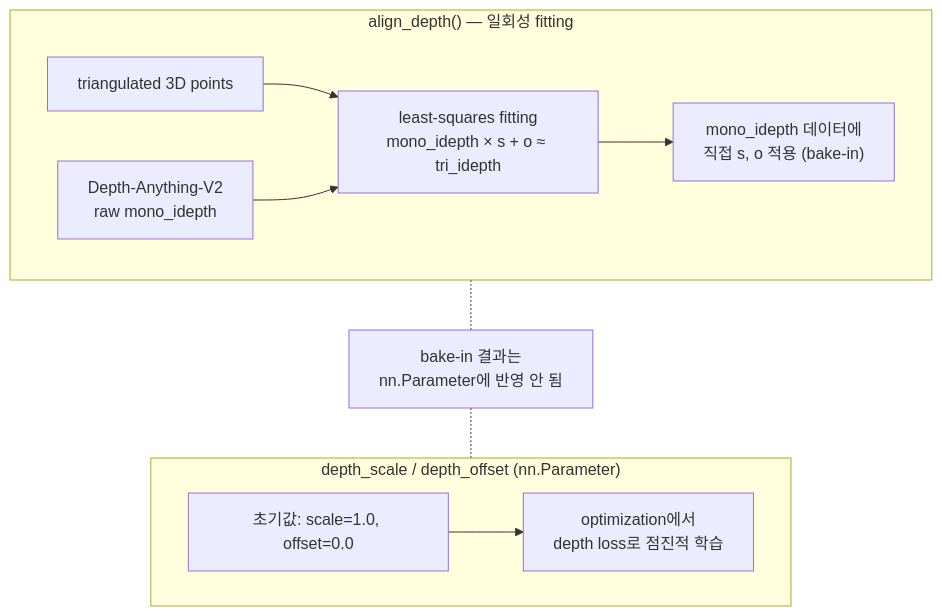
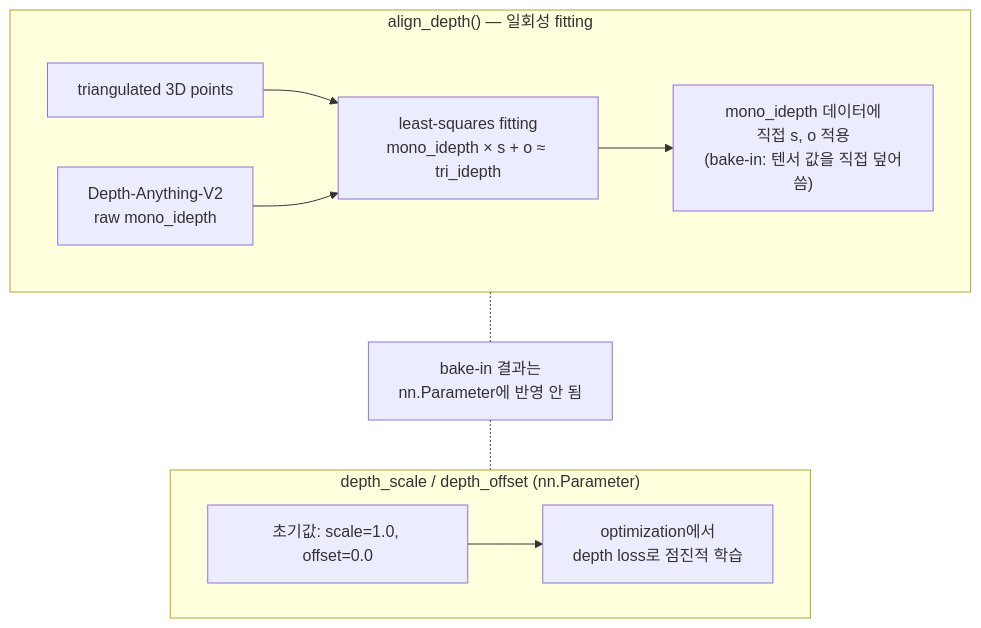
The third of 5 diagrams in daily_docs/260131-ontheflynvs_multiview_spawn.md (kyowon1108/gsplat-onthefly-nvs-study), drawn with Mermaid before and after one commit. The commit also changed other lines of this file, not shown here.

````diff
--- a/daily_docs/260131-ontheflynvs_multiview_spawn.md
+++ b/daily_docs/260131-ontheflynvs_multiview_spawn.md
@@ -54,13 +60,13 @@
 ```mermaid
 flowchart TD
     subgraph bake["align_depth() — 일회성 fitting"]
         TRI["triangulated 3D points"] --> LS["least-squares fitting<br/>mono_idepth × s + o ≈ tri_idepth"]
         MONO["Depth-Anything-V2<br/>raw mono_idepth"] --> LS
-        LS --> BAKE["mono_idepth 데이터에<br/>직접 s, o 적용 (bake-in)"]
+        LS --> BAKE["mono_idepth 데이터에<br/>직접 s, o 적용<br/>(bake-in: 텐서 값을 직접 덮어씀)"]
     end
     subgraph param["depth_scale / depth_offset (nn.Parameter)"]
         INIT["초기값: scale=1.0, offset=0.0"] --> LEARN["optimization에서<br/>depth loss로 점진적 학습"]
     end
     bake -.- NOTE["bake-in 결과는<br/>nn.Parameter에 반영 안 됨"]
     NOTE -.- param
 ```
````
